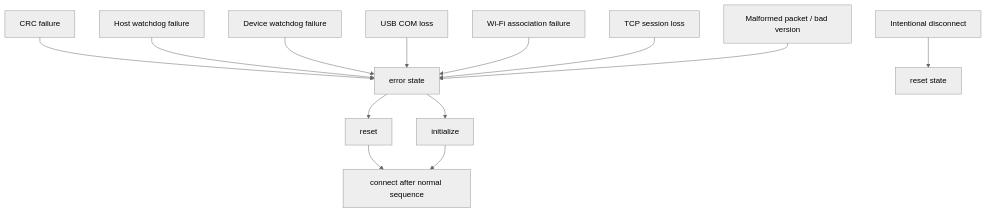
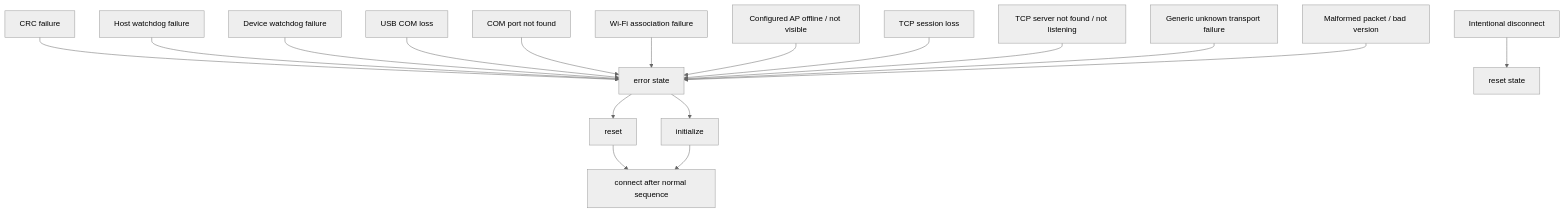
One commit to eyalglotman-collab/Gaggia_ESP-C3-Mini_Server_and_simulator_and_communication_Interface changed the diagram in docs/architecture/failure_modes.mmd. Above: the diagram before and after it, drawn with Mermaid (neutral theme). The commit also changed 20 other files, not shown here.

```diff
--- a/docs/architecture/failure_modes.mmd
+++ b/docs/architecture/failure_modes.mmd
@@ -1,14 +1,18 @@
 flowchart TD
     CRC["CRC failure"] --> ERR["error state"]
     HOST["Host watchdog failure"] --> ERR
     DEV["Device watchdog failure"] --> ERR
     USB["USB COM loss"] --> ERR
+    COMCFG["COM port not found"] --> ERR
     WIFI["Wi-Fi association failure"] --> ERR
+    WIFIOFF["Configured AP offline / not visible"] --> ERR
     TCP["TCP session loss"] --> ERR
+    TCPNF["TCP server not found / not listening"] --> ERR
+    GEN["Generic unknown transport failure"] --> ERR
     MAL["Malformed packet / bad version"] --> ERR
     DISC["Intentional disconnect"] --> RESET["reset state"]
 
     ERR --> HARD["reset"]
     ERR --> SOFT["initialize"]
     HARD --> CONN["connect after normal sequence"]
     SOFT --> CONN
```
